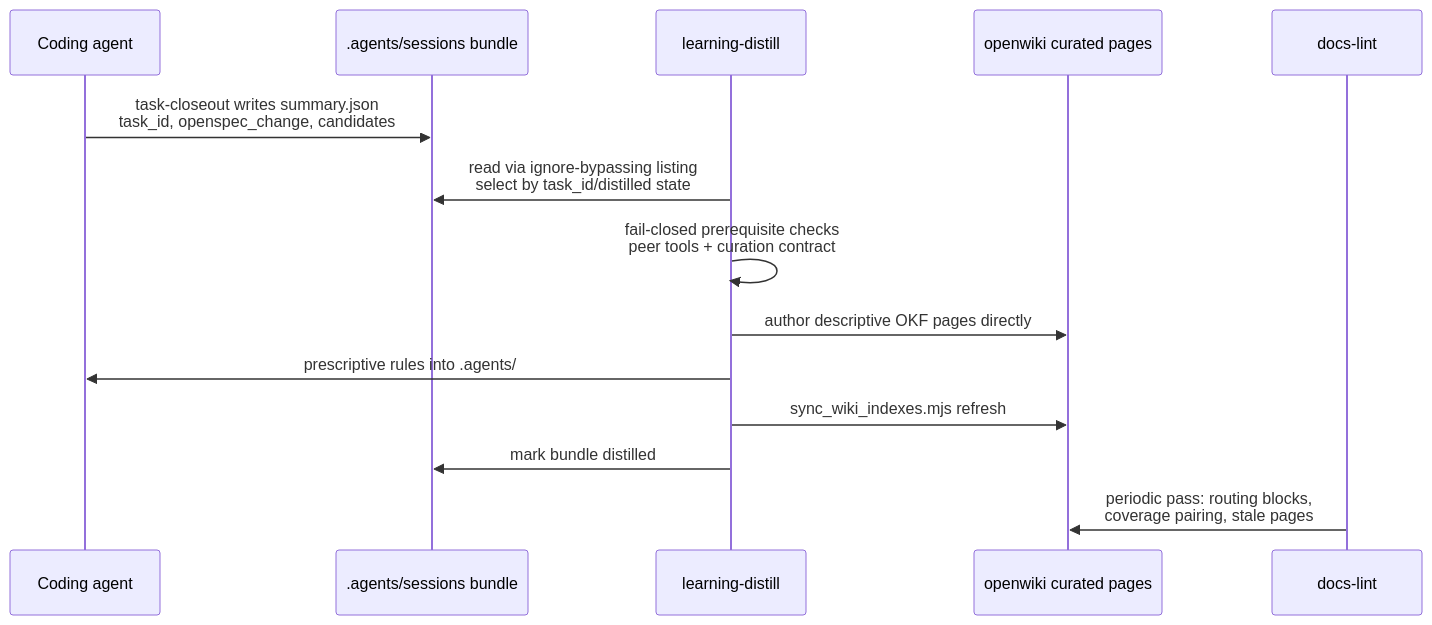
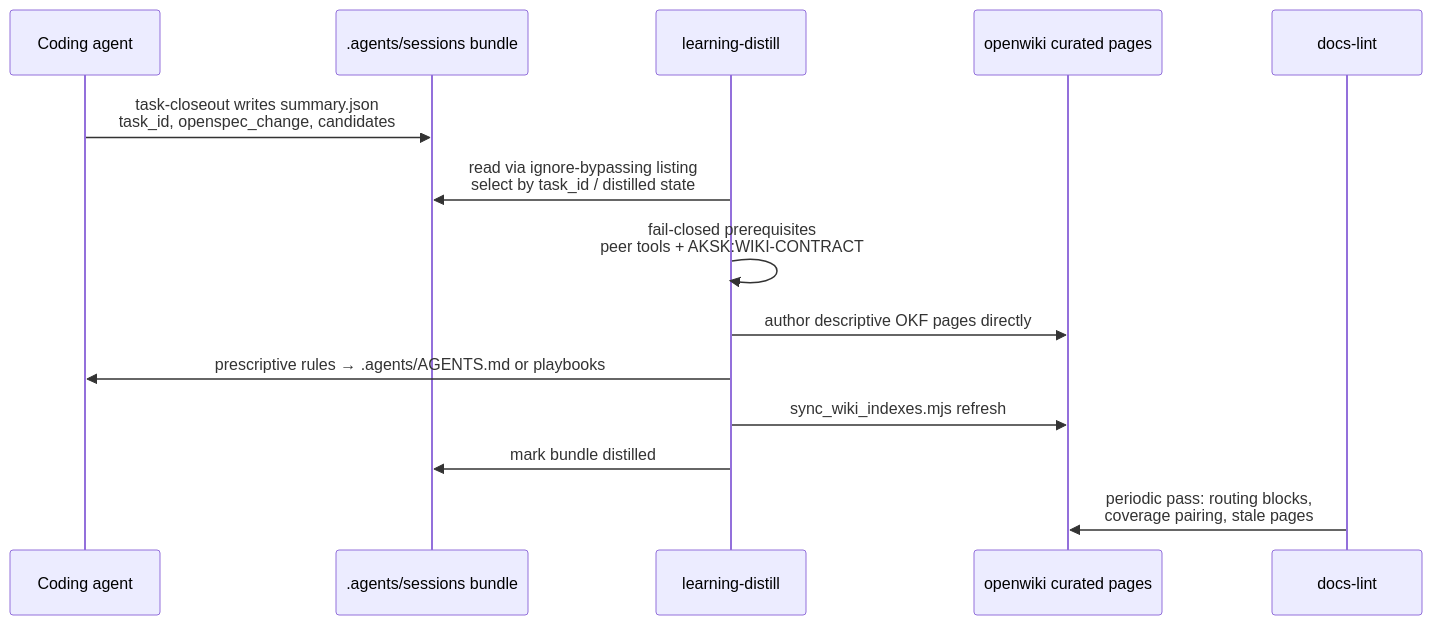
One commit to Hypercubed/Agent-Knowledge-Starter-Kit changed the second of 2 diagrams in openwiki/quickstart.md. Above: the diagram before and after it, drawn with Mermaid. The commit also changed other lines of this file and 59 other files, not shown here.

````diff
--- a/openwiki/quickstart.md
+++ b/openwiki/quickstart.md
@@ -72,17 +100,17 @@
 ```mermaid
 sequenceDiagram
     participant C as Coding agent
     participant B as .agents/sessions bundle
     participant L as learning-distill
     participant W as openwiki curated pages
     participant X as docs-lint
 
     C->>B: task-closeout writes summary.json<br/>task_id, openspec_change, candidates
-    L->>B: read via ignore-bypassing listing<br/>select by task_id/distilled state
-    L->>L: fail-closed prerequisite checks<br/>peer tools + curation contract
+    L->>B: read via ignore-bypassing listing<br/>select by task_id / distilled state
+    L->>L: fail-closed prerequisites<br/>peer tools + AKSK:WIKI-CONTRACT
     L->>W: author descriptive OKF pages directly
-    L->>C: prescriptive rules into .agents/
+    L->>C: prescriptive rules → .agents/AGENTS.md or playbooks
     L->>W: sync_wiki_indexes.mjs refresh
     L->>B: mark bundle distilled
     X->>W: periodic pass: routing blocks,<br/>coverage pairing, stale pages
 ```
````
